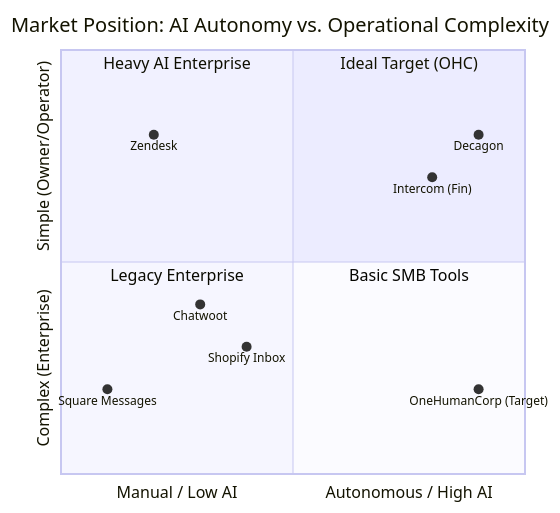
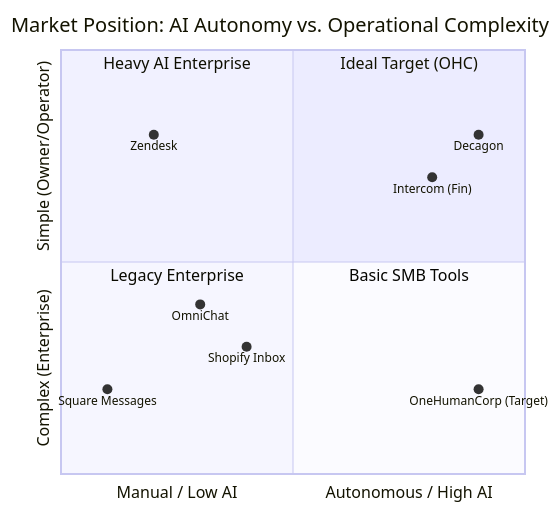
Before and after one commit to omnisolo-llc/onehumancorp: the first of 2 diagrams in .agent-task/report/task_output.md, drawn with Mermaid. The commit also changed other lines of this file and 1 other file, not shown here.

First line of the commit message:
docs: Add AI omnichannel chat research report

````diff
--- a/.agent-task/report/task_output.md
+++ b/.agent-task/report/task_output.md
@@ -71,17 +71,17 @@
   ```mermaid
   quadrantChart
       title Market Position: AI Autonomy vs. Operational Complexity
       x-axis "Manual / Low AI" --> "Autonomous / High AI"
       y-axis "Complex (Enterprise)" --> "Simple (Owner/Operator)"
       quadrant-1 "Ideal Target (OHC)"
       quadrant-2 "Heavy AI Enterprise"
       quadrant-3 "Legacy Enterprise"
       quadrant-4 "Basic SMB Tools"
       "Zendesk": [0.2, 0.8]
       "Intercom (Fin)": [0.8, 0.7]
-      "Chatwoot": [0.3, 0.4]
+      "OmniChat": [0.3, 0.4]
       "Square Messages": [0.1, 0.2]
       "Decagon": [0.9, 0.8]
       "Shopify Inbox": [0.4, 0.3]
       "OneHumanCorp (Target)": [0.9, 0.2]
   ```
````
